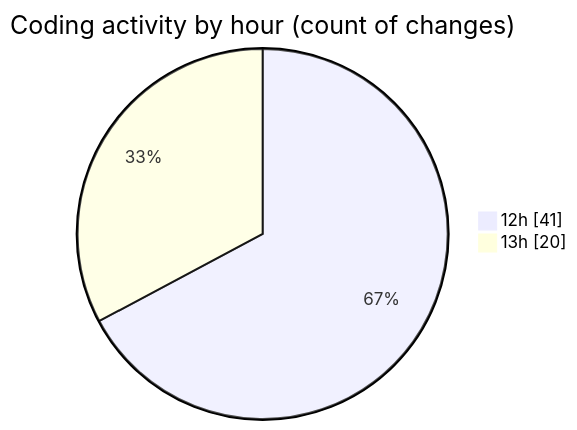
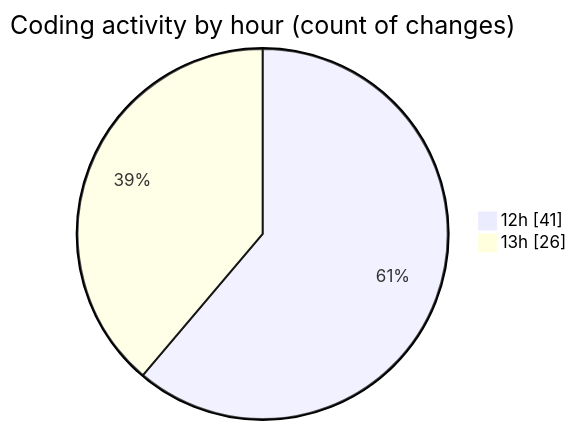
The second of 2 diagrams in 2025-12-02/cda/README.md (momahboobian/code-tracking), drawn with Mermaid before and after one commit. The commit also changed other lines of this file and 1 other file, not shown here.

````diff
--- a/2025-12-02/cda/README.md
+++ b/2025-12-02/cda/README.md
@@ -32,6 +32,6 @@
 ```mermaid
 pie showData
 title Coding activity by hour (count of changes)
 "12h" : 41
-"13h" : 20
+"13h" : 26
 ```
````
